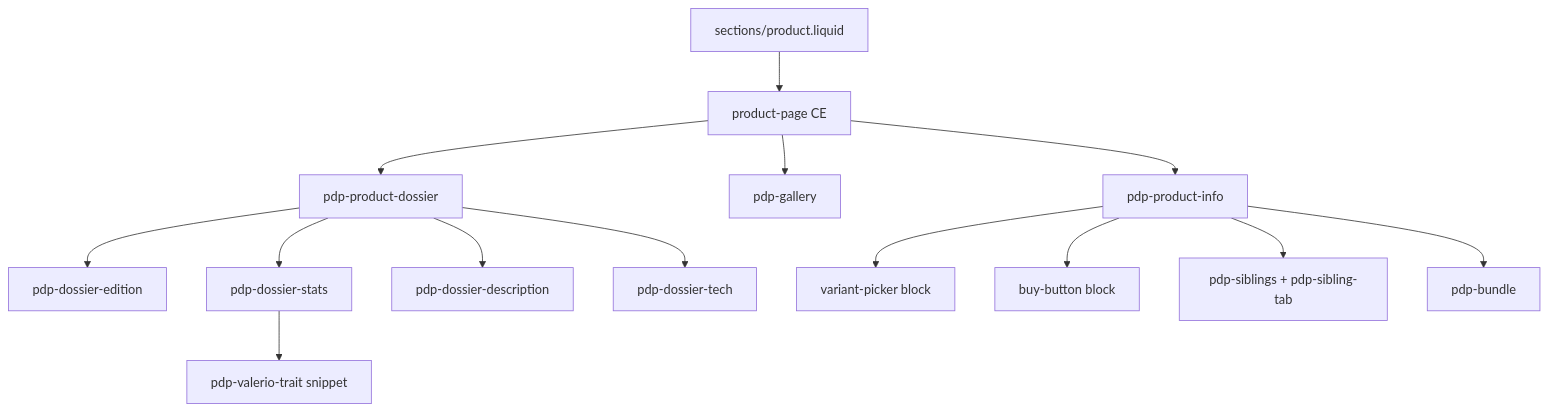
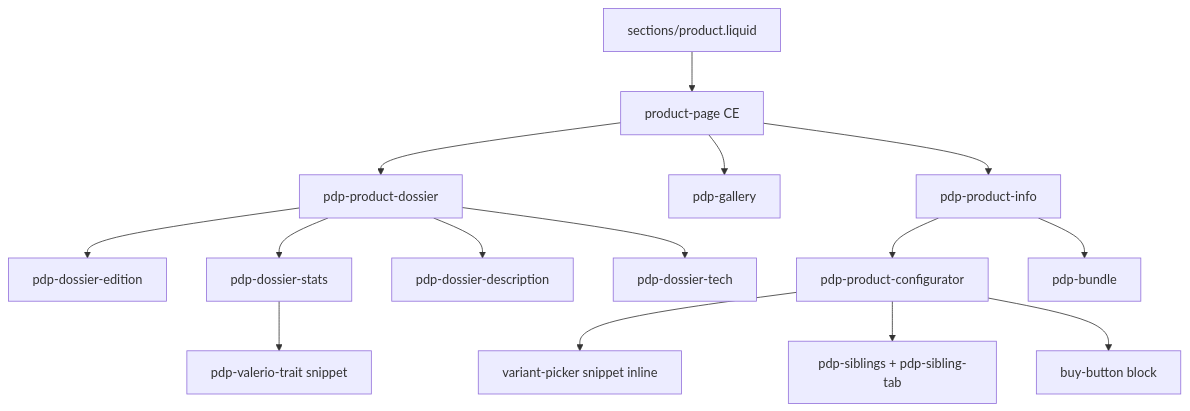
Before and after one commit to NeutronSun/lorenzo-dev: the second of 2 diagrams in docs/40-component-recipes.md, drawn with Mermaid. The commit also changed other lines of this file and 13 other files, not shown here.

````diff
--- a/docs/40-component-recipes.md
+++ b/docs/40-component-recipes.md
@@ -103,21 +103,22 @@
 ```mermaid
 flowchart TB
   product[sections/product.liquid]
   pp[product-page CE]
   dossier[pdp-product-dossier]
   gallery[pdp-gallery]
   info[pdp-product-info]
   product --> pp
   pp --> dossier
   pp --> gallery
   pp --> info
   dossier --> edition[pdp-dossier-edition]
   dossier --> stats[pdp-dossier-stats]
   dossier --> desc[pdp-dossier-description]
   dossier --> tech[pdp-dossier-tech]
   stats --> trait[pdp-valerio-trait snippet]
-  info --> vp[variant-picker block]
-  info --> bb[buy-button block]
-  info --> sib[pdp-siblings + pdp-sibling-tab]
+  info --> configurator[pdp-product-configurator]
+  configurator --> vp[variant-picker snippet inline]
+  configurator --> sib[pdp-siblings + pdp-sibling-tab]
+  configurator --> bb[buy-button block]
   info --> bundle[pdp-bundle]
 ```
````
